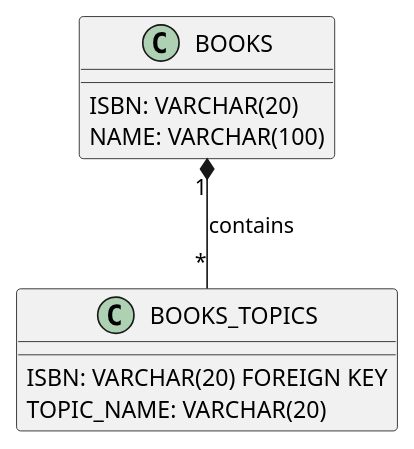
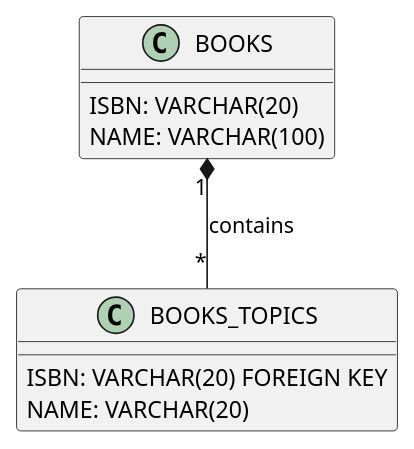
One commit to exasol/dynamodb-virtual-schema changed the diagram in doc/diagrams/mappingToTable.puml. Above: the diagram before and after it, drawn with PlantUML. The commit also changed 4 other files, not shown here.

```diff
--- a/doc/diagrams/mappingToTable.puml
+++ b/doc/diagrams/mappingToTable.puml
@@ -1,13 +1,13 @@
 @startuml
 class BOOKS {
     ISBN: VARCHAR(20)
     NAME: VARCHAR(100)
 }
 
 class BOOKS_TOPICS {
     ISBN: VARCHAR(20) FOREIGN KEY
-    TOPIC_NAME: VARCHAR(20)
+    NAME: VARCHAR(20)
 }
 
 BOOKS  "1" *-- "*" BOOKS_TOPICS : contains
 @enduml
```
